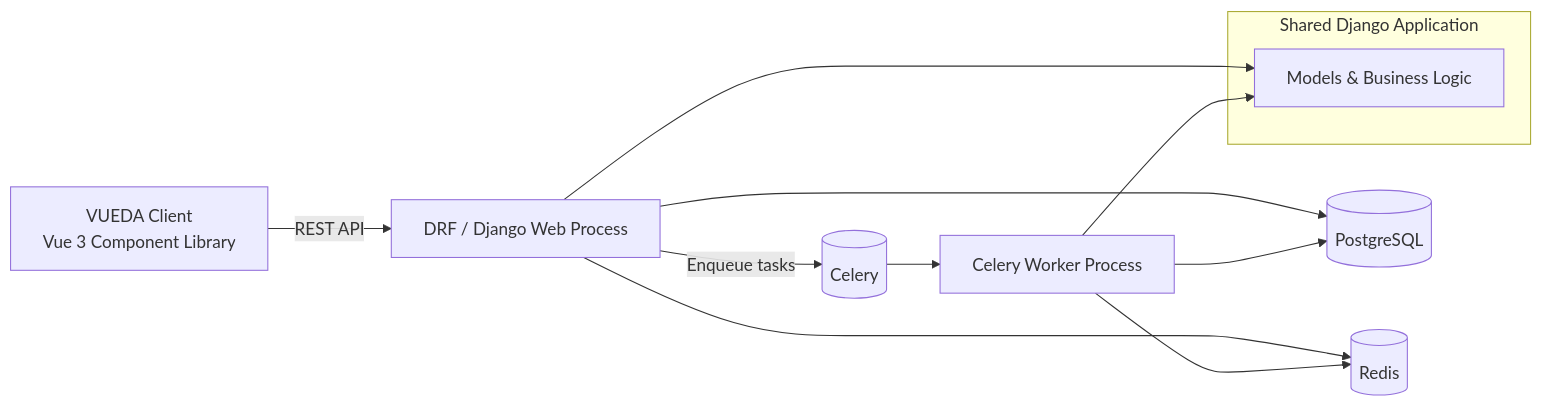
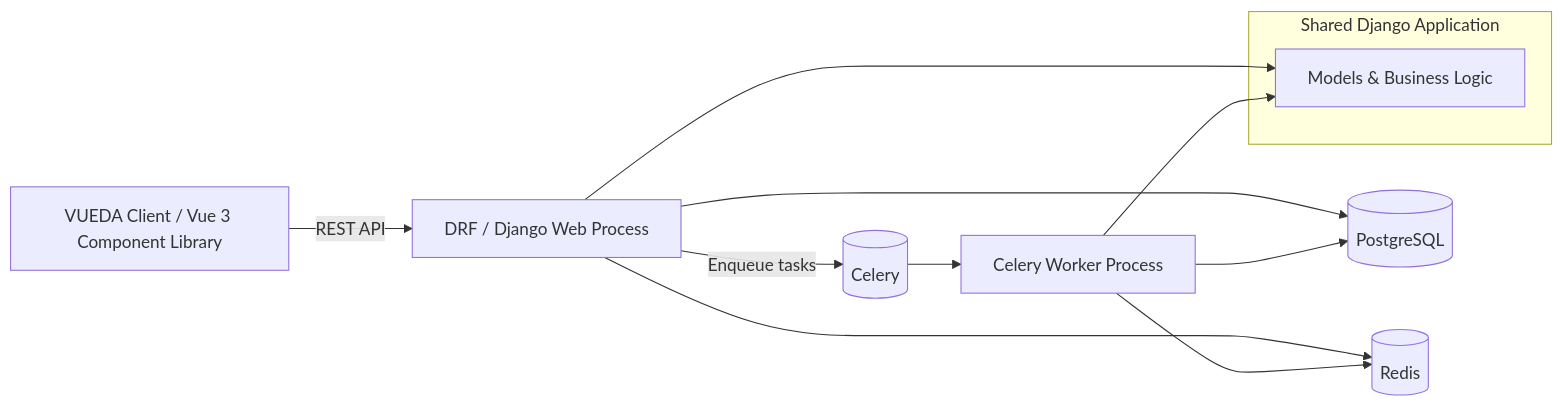
The diagram in docs/guide.md (arrai-innovations/vueda), drawn with Mermaid before and after one commit. The commit also changed 22 other files, not shown here.

````diff
--- a/docs/guide.md
+++ b/docs/guide.md
@@ -34,29 +34,29 @@
 ```mermaid
 flowchart LR
-    Client[VUEDA Client\nVue 3 Component Library]
+    Client[VUEDA Client / Vue 3 Component Library]
 
     subgraph DjangoApp[Shared Django Application]
         Domain[Models & Business Logic]
     end
 
     Web[DRF / Django Web Process]
     Worker[Celery Worker Process]
     
     DB[(PostgreSQL)]
     Cache[(Redis)]
     Broker[(Celery)]
     
     Client -->|REST API| Web
     
     Web --> Domain
     Worker --> Domain
     
     Web --> DB
     Worker --> DB
     
     Web --> Cache
     Worker --> Cache
     
     Web -->|Enqueue tasks| Broker
     Broker --> Worker
 ```
````
